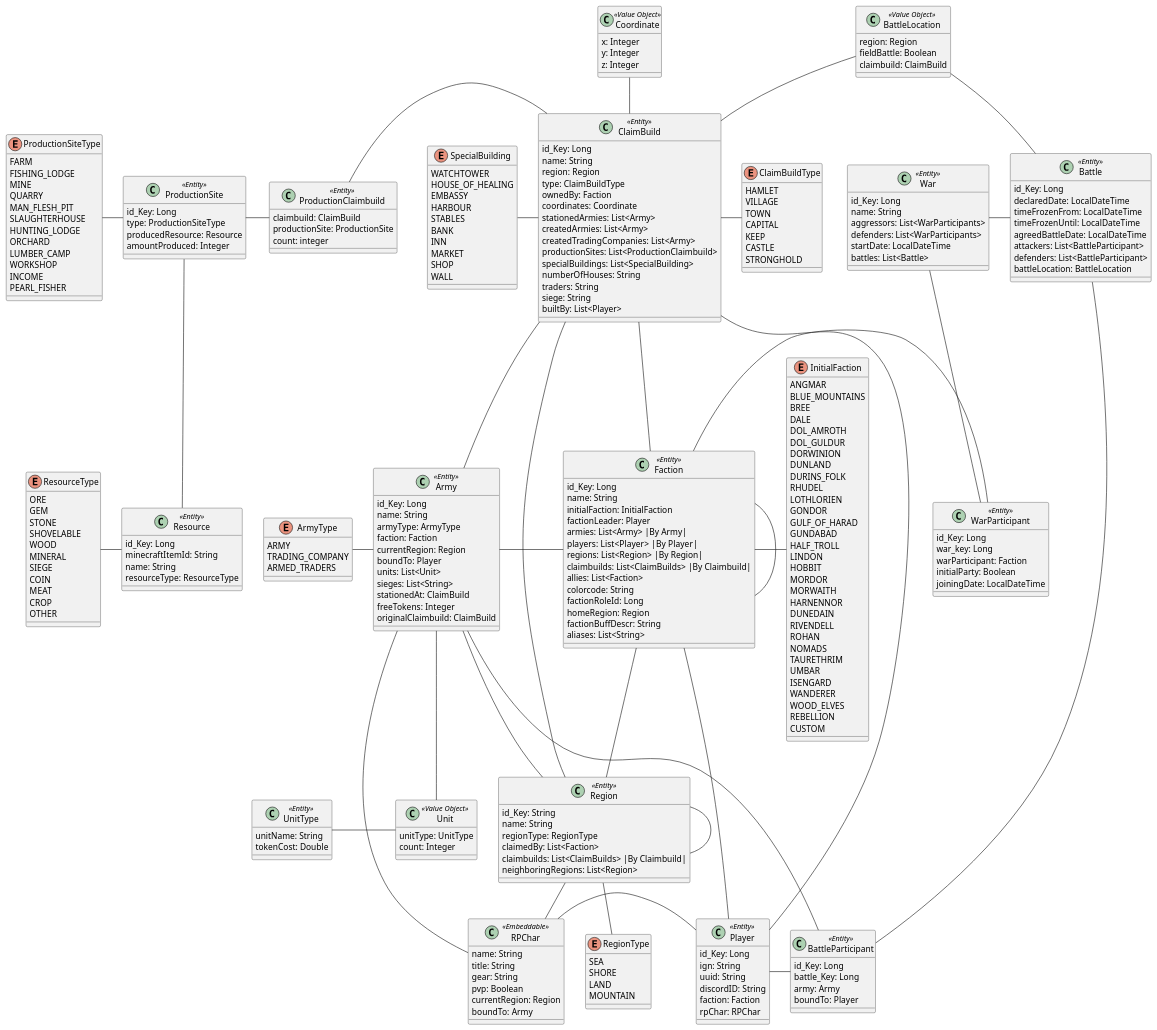
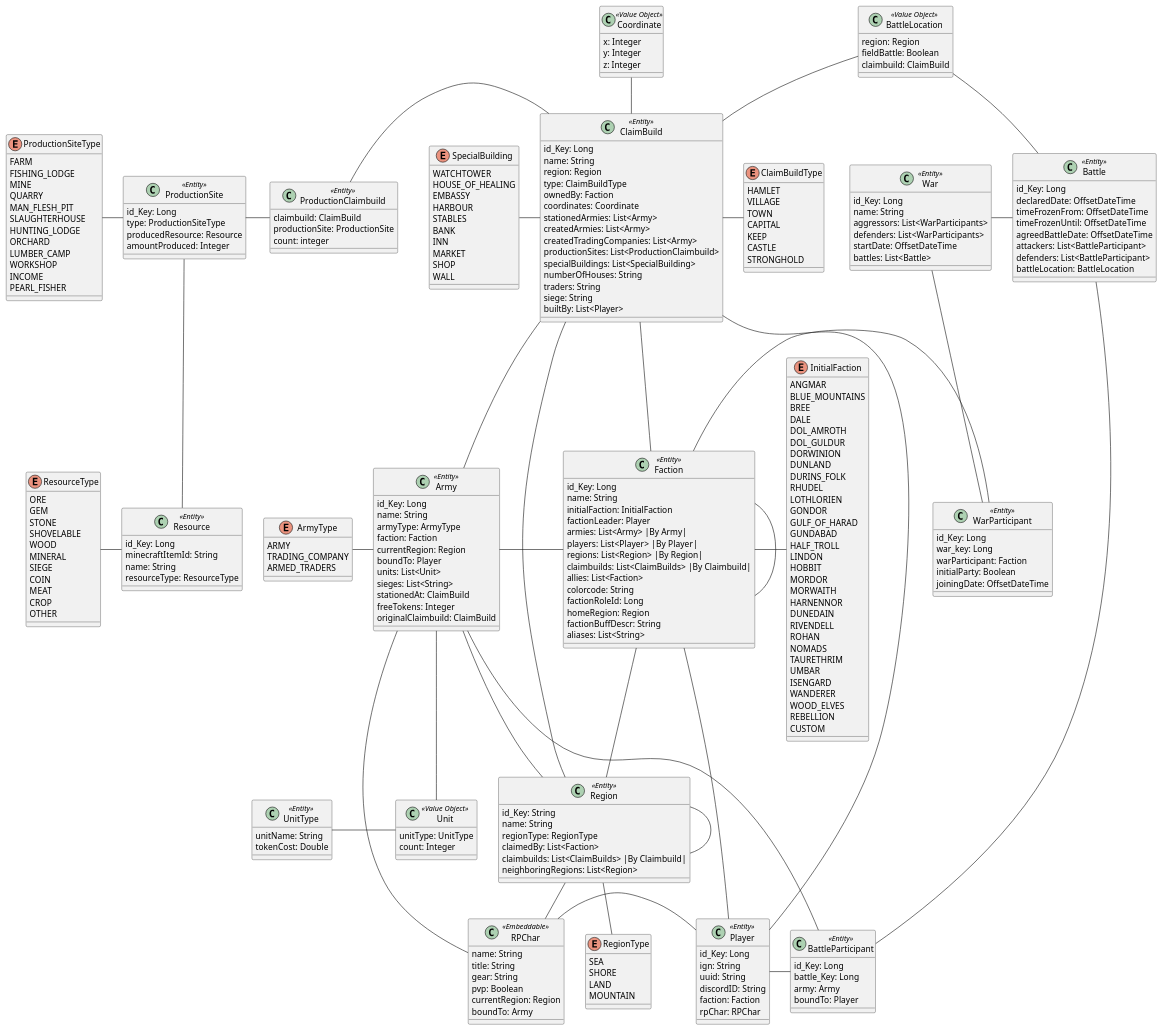
Before and after one commit to Team-KekX/Ardas-Legends-App: the diagram in src/main/puml/ArdasLegendsDomain.puml, drawn with PlantUML. The commit also changed 26 other files, not shown here.

```diff
--- a/src/main/puml/ArdasLegendsDomain.puml
+++ b/src/main/puml/ArdasLegendsDomain.puml
@@ -5,7 +5,7 @@
     name: String
     aggressors: List<WarParticipants>
     defenders: List<WarParticipants>
-    startDate: LocalDateTime
+    startDate: OffsetDateTime
     battles: List<Battle>
 }
 
@@ -14,15 +14,15 @@
     war_key: Long
     warParticipant: Faction
     initialParty: Boolean
-    joiningDate: LocalDateTime
+    joiningDate: OffsetDateTime
 }
 
 class Battle <<Entity>> {
     id_Key: Long
-    declaredDate: LocalDateTime
-    timeFrozenFrom: LocalDateTime
-    timeFrozenUntil: LocalDateTime
-    agreedBattleDate: LocalDateTime
+    declaredDate: OffsetDateTime
+    timeFrozenFrom: OffsetDateTime
+    timeFrozenUntil: OffsetDateTime
+    agreedBattleDate: OffsetDateTime
     attackers: List<BattleParticipant>
     defenders: List<BattleParticipant>
     battleLocation: BattleLocation
```
